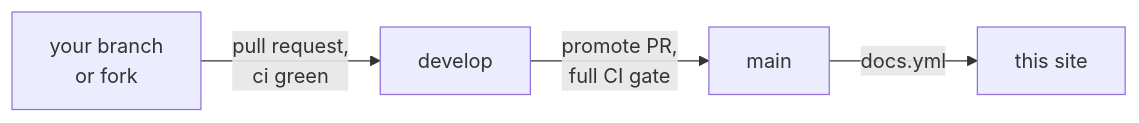
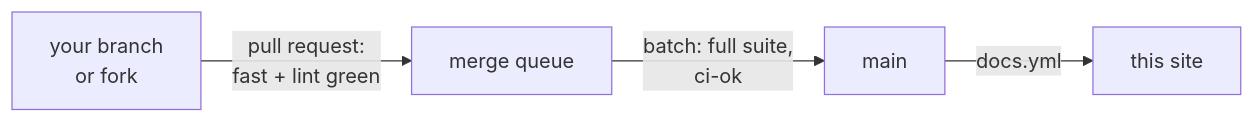
The second of 3 diagrams in docs/site/repos/index.md (adams-shaun/gorge), drawn with Mermaid before and after one commit. The commit also changed other lines of this file and 8 other files, not shown here.

Commit message:
docs: describe the Mergify merge queue to main, retire develop/promote

````diff
--- a/docs/site/repos/index.md
+++ b/docs/site/repos/index.md
@@ -188,6 +188,6 @@
 ```mermaid
 flowchart LR
-  pr["your branch<br/>or fork"] -->|"pull request,<br/>ci green"| develop["develop"]
-  develop -->|"promote PR,<br/>full CI gate"| main["main"]
+  pr["your branch<br/>or fork"] -->|"pull request:<br/>fast + lint green"| mq["merge queue"]
+  mq -->|"batch: full suite,<br/>ci-ok"| main["main"]
   main -->|"docs.yml"| site["this site"]
 ```
````
